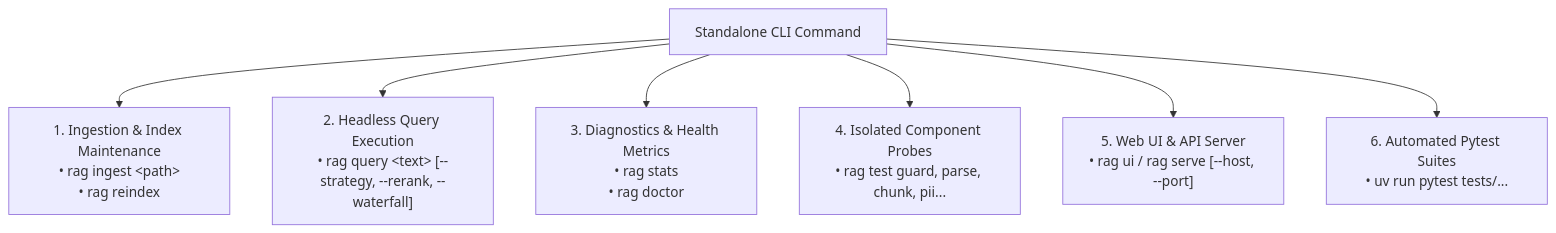
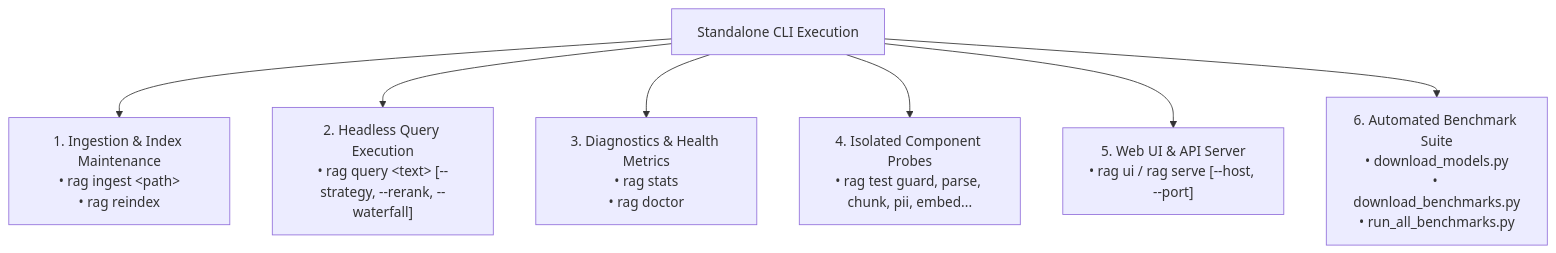
One commit to uehera/RAGnarok changed the diagram in notes/developer/terminal_commands.md. Above: the diagram before and after it, drawn with Mermaid. The commit also changed other lines of this file and 11 other files, not shown here.

Commit message:
docs(notes): synchronize developer hubs, architecture blueprints, research reports, and auto-dismiss upload toasts

````diff
--- a/notes/developer/terminal_commands.md
+++ b/notes/developer/terminal_commands.md
@@ -12,9 +12,9 @@
 ```mermaid
 flowchart TD
-    CMD["Standalone CLI Command"] --> ING["1. Ingestion & Index Maintenance<br>• rag ingest &lt;path&gt;<br>• rag reindex"]
+    CMD["Standalone CLI Execution"] --> ING["1. Ingestion & Index Maintenance<br>• rag ingest &lt;path&gt;<br>• rag reindex"]
     CMD --> QRY["2. Headless Query Execution<br>• rag query &lt;text&gt; [--strategy, --rerank, --waterfall]"]
     CMD --> DIAG["3. Diagnostics & Health Metrics<br>• rag stats<br>• rag doctor"]
-    CMD --> PROBE["4. Isolated Component Probes<br>• rag test guard, parse, chunk, pii..."]
+    CMD --> PROBE["4. Isolated Component Probes<br>• rag test guard, parse, chunk, pii, embed..."]
     CMD --> SRV["5. Web UI & API Server<br>• rag ui / rag serve [--host, --port]"]
-    CMD --> TEST["6. Automated Pytest Suites<br>• uv run pytest tests/..."]
+    CMD --> BENCH["6. Automated Benchmark Suite<br>• download_models.py<br>• download_benchmarks.py<br>• run_all_benchmarks.py"]
 ```
````
